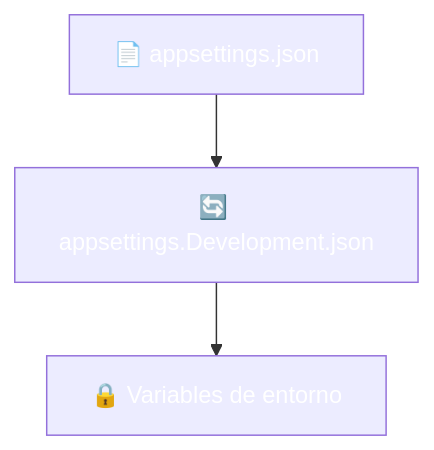
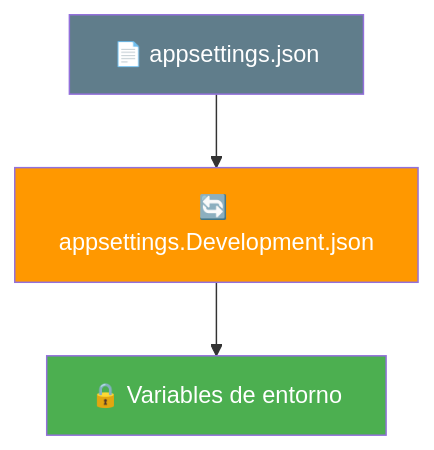
The sixth of 7 diagrams in 01-conceptos-servicios.md (joseluisgs/DesarrolloWebEntornosServidor-02-2026-2027), drawn with Mermaid before and after one commit. The commit also changed other lines of this file and 29 other files, not shown here.

Commit message:
docs: corregir estilos Mermaid y estilo, quitar referencias a la Tienda y reestructurar los retos 13 y 15

````diff
--- a/01-conceptos-servicios.md
+++ b/01-conceptos-servicios.md
@@ -342,8 +342,8 @@
 ```mermaid
 flowchart TB
     A["📄 appsettings.json"] --> B["🔄 appsettings.Development.json"]
     B --> C["🔒 Variables de entorno"]
-    style A fill:#607D8,color:#fffB,color:#fff
-    style B fill:#FF980,color:#fff0,color:#fff
-    style C fill:#4CAF5,color:#fff0,color:#fff
+    style A fill:#607D8B,color:#fff
+    style B fill:#FF9800,color:#fff
+    style C fill:#4CAF50,color:#fff
 ```
````
